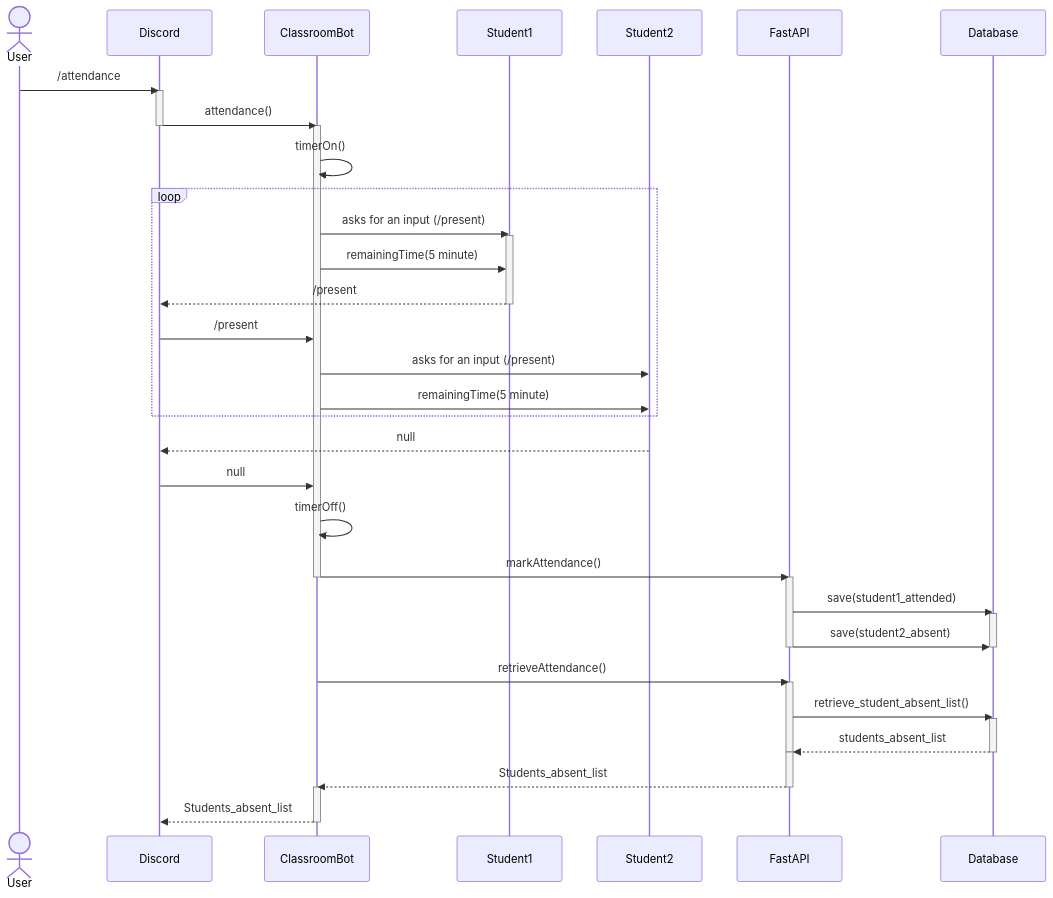
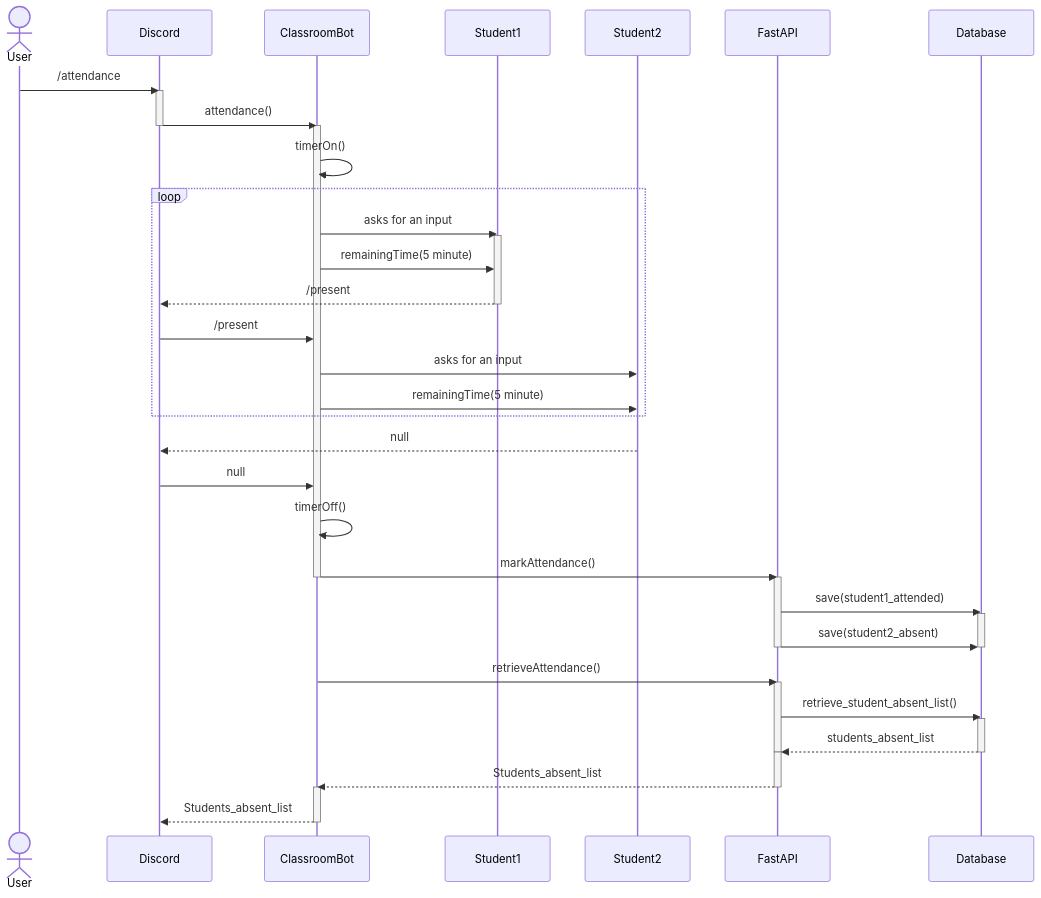
One commit to Capstone-Projects-2023-Spring/project-discord-classroom changed the eighth of 8 diagrams in documentation/docs/system-architecture/design.md. Above: the diagram before and after it, drawn with Mermaid. The commit also changed other lines of this file and 5 other files, not shown here.

````diff
--- a/documentation/docs/system-architecture/design.md
+++ b/documentation/docs/system-architecture/design.md
@@ -501,60 +501,60 @@
 ```mermaid 
 
 sequenceDiagram
     actor User
     participant Discord
     participant ClassroomBot
     participant Student1
     participant Student2
     participant FastAPI
     participant Database
 
     User->>Discord: /attendance
     activate Discord
 
     Discord->>ClassroomBot: attendance()
     deactivate Discord
     activate ClassroomBot
 
     ClassroomBot->>ClassroomBot: timerOn()
     
     loop
-        ClassroomBot->> Student1: asks for an input (/present)
+        ClassroomBot->> Student1: asks for an input
         activate Student1
         ClassroomBot->>Student1: remainingTime(5 minute)
         Student1-->>Discord: /present
         deactivate Student1
         Discord->>ClassroomBot: /present
-        ClassroomBot->> Student2: asks for an input (/present)
+        ClassroomBot->> Student2: asks for an input
         ClassroomBot->>Student2: remainingTime(5 minute)
     end
 
     Student2-->>Discord: null 
     Discord->>ClassroomBot: null
     ClassroomBot->>ClassroomBot: timerOff()
     ClassroomBot->>FastAPI: markAttendance()
     deactivate ClassroomBot
     activate FastAPI
     FastAPI->>Database:save(student1_attended)
     activate Database
     FastAPI->>Database:save(student2_absent)
     deactivate FastAPI
     deactivate Database    
     ClassroomBot->>FastAPI: retrieveAttendance()
 
     activate FastAPI
     FastAPI->>Database: retrieve_student_absent_list()
     
     activate Database
 
     Database-->>FastAPI: students_absent_list
     deactivate FastAPI
     deactivate Database
     activate FastAPI
     FastAPI-->>ClassroomBot: Students_absent_list
     deactivate FastAPI
 
     activate ClassroomBot
     ClassroomBot-->>Discord: Students_absent_list
     deactivate ClassroomBot
 ```
````
